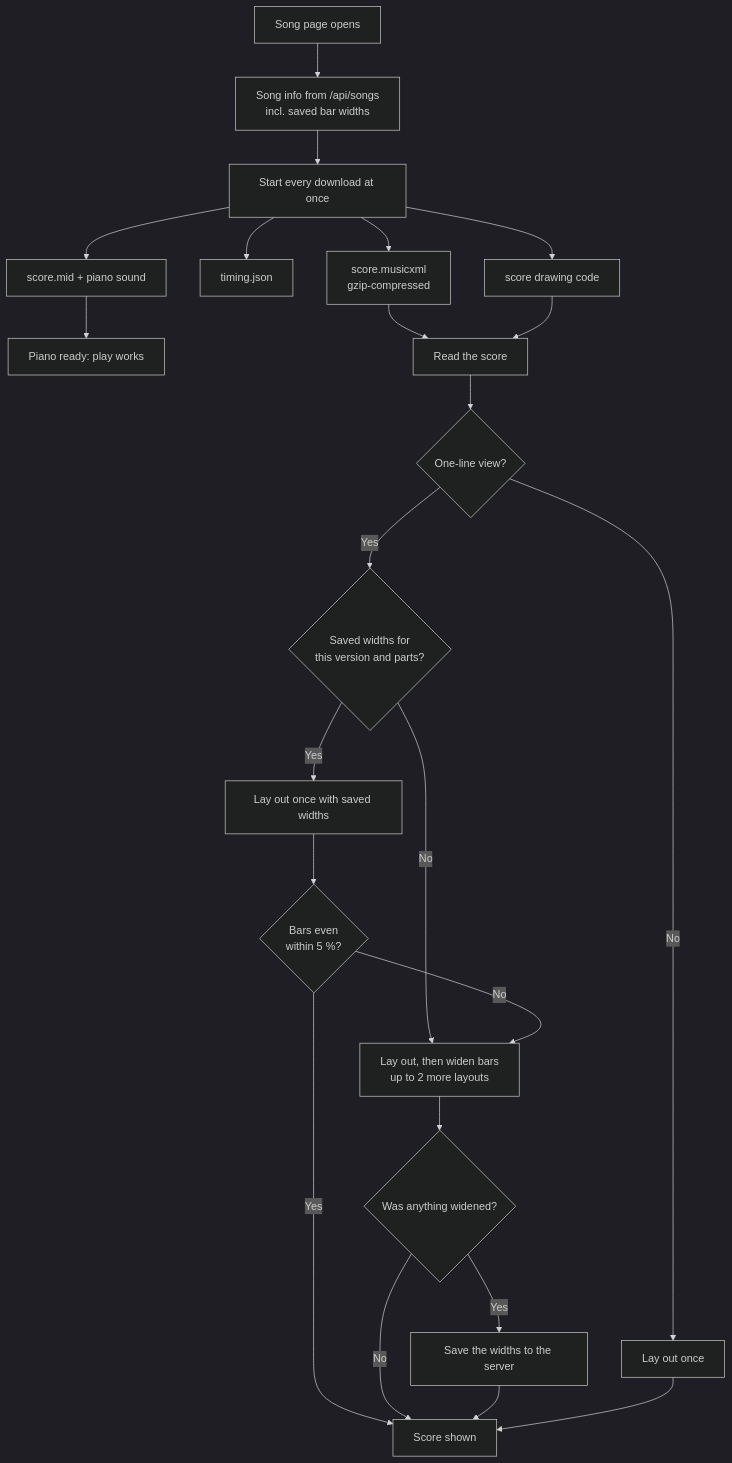
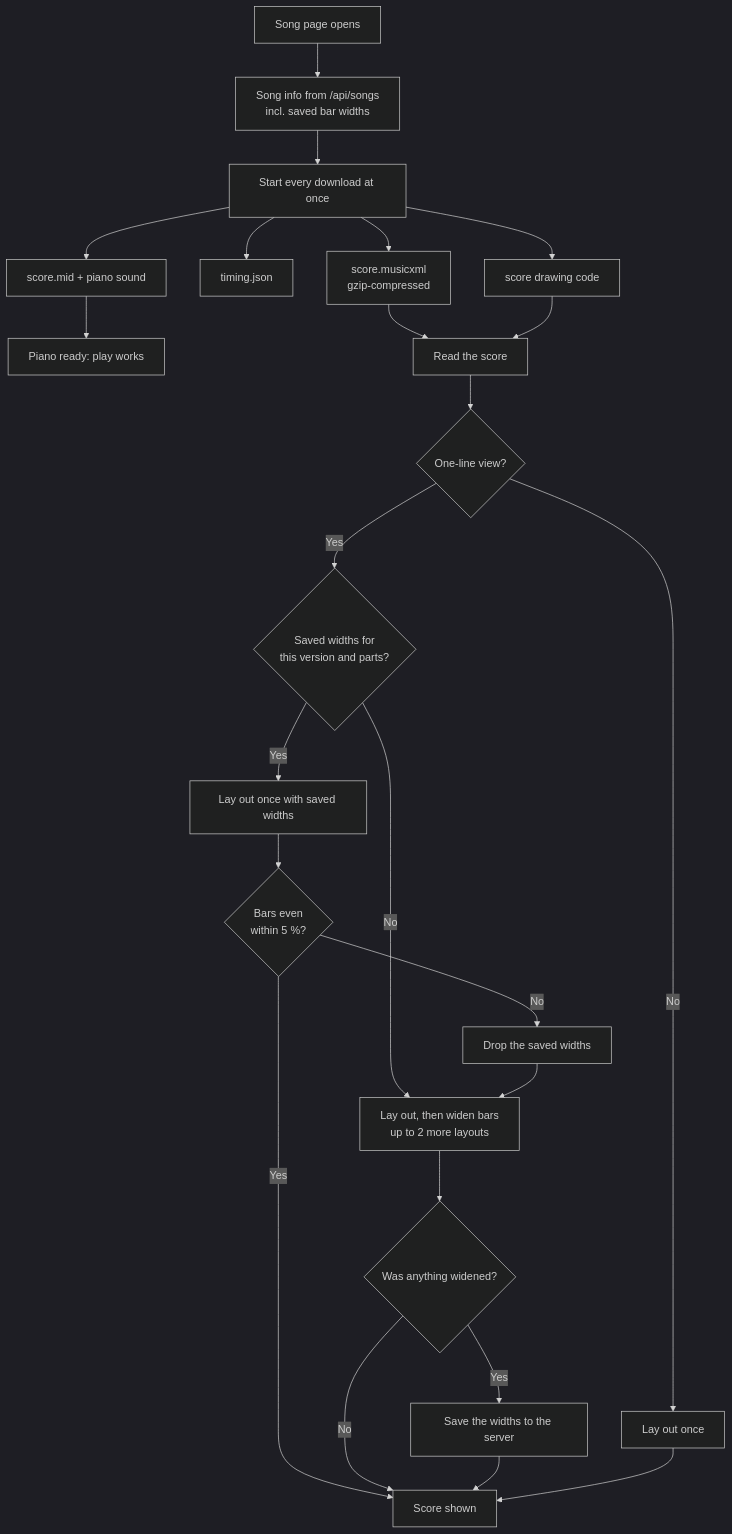
One commit to eerovil/stemmanauhat-cf changed the diagram in docs/diagrams/song-opening.md. Above: the diagram before and after it, drawn with Mermaid (dark theme). The commit also changed other lines of this file and 4 other files, not shown here.

First line of the commit message:
Player: drop a wrong saved width set; limit factors to 10, parts to 32 (#137)

````diff
--- a/docs/diagrams/song-opening.md
+++ b/docs/diagrams/song-opening.md
@@ -5,28 +5,29 @@
 ```mermaid
 flowchart TD
   A[Song page opens] --> B[Song info from /api/songs<br/>incl. saved bar widths]
   B --> C[Start every download at once]
   C --> D[score.musicxml<br/>gzip-compressed]
   C --> E[timing.json]
   C --> F[score.mid + piano sound]
   C --> G[score drawing code]
   F --> H[Piano ready: play works]
   D --> I[Read the score]
   G --> I
   I --> J{One-line view?}
   J -- No --> K[Lay out once]
   J -- Yes --> L{Saved widths for<br/>this version and parts?}
   L -- Yes --> M[Lay out once with saved widths]
   L -- No --> N[Lay out, then widen bars<br/>up to 2 more layouts]
   M --> O{Bars even<br/>within 5 %?}
   O -- Yes --> P[Score shown]
-  O -- No --> N
+  O -- No --> S[Drop the saved widths]
+  S --> N
   N --> R{Was anything widened?}
   R -- Yes --> Q[Save the widths to the server]
   R -- No --> P
   Q --> P
   K --> P
-  class C,D,G,M,O,Q,L,R teal
+  class C,D,G,M,O,Q,L,R,S teal
   class H,P green
   class N amber
 ```
````
